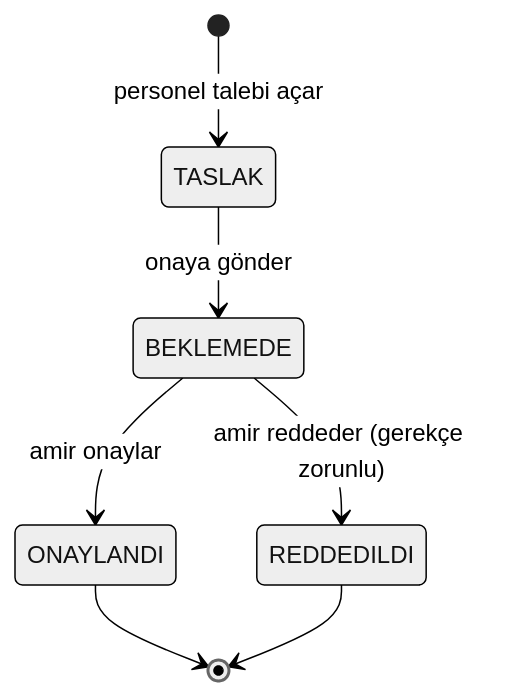
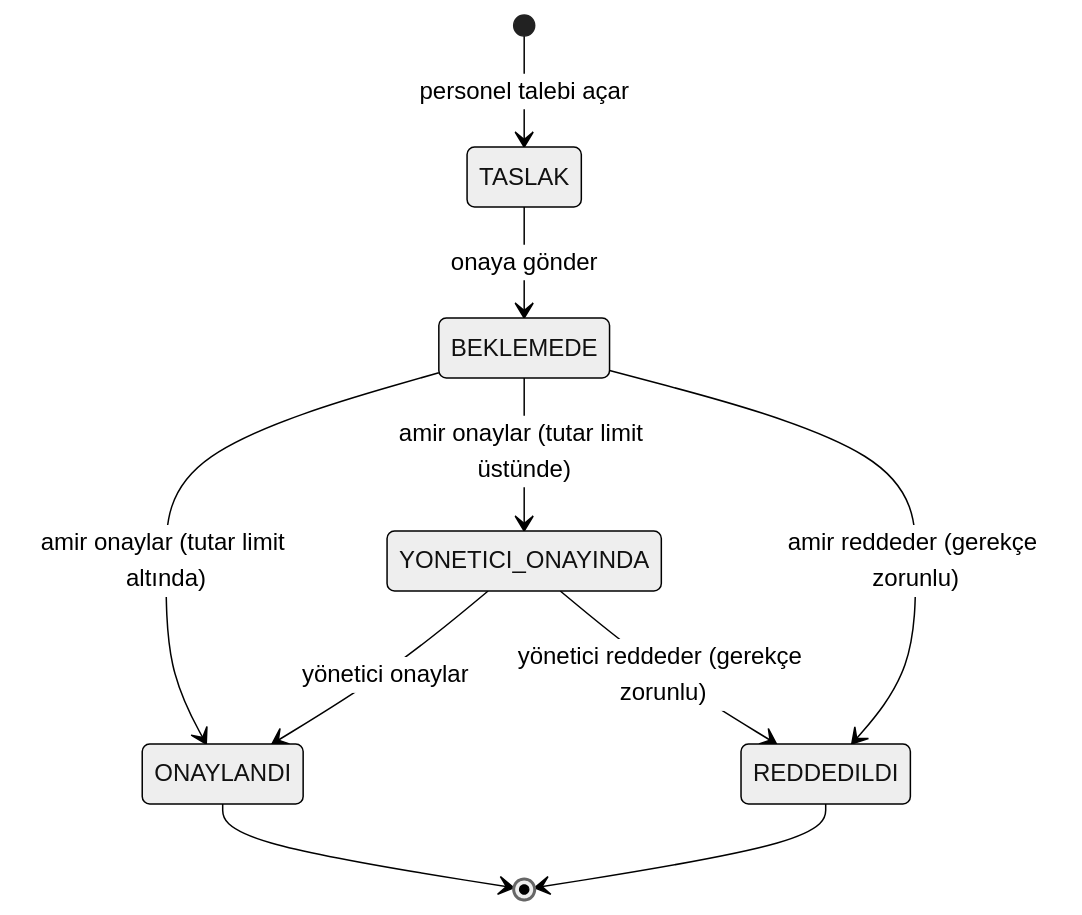
Before and after one commit to ebraronuk/talep-onay-sistemi: the third of 4 diagrams in README.md, drawn with Mermaid (neutral theme). The commit also changed other lines of this file and 34 other files, not shown here.

````diff
--- a/README.md
+++ b/README.md
@@ -145,9 +148,12 @@
 ```mermaid
 stateDiagram-v2
     [*] --> TASLAK : personel talebi açar
     TASLAK --> BEKLEMEDE : onaya gönder
-    BEKLEMEDE --> ONAYLANDI : amir onaylar
+    BEKLEMEDE --> ONAYLANDI : amir onaylar (tutar limit altında)
+    BEKLEMEDE --> YONETICI_ONAYINDA : amir onaylar (tutar limit üstünde)
     BEKLEMEDE --> REDDEDILDI : amir reddeder (gerekçe zorunlu)
+    YONETICI_ONAYINDA --> ONAYLANDI : yönetici onaylar
+    YONETICI_ONAYINDA --> REDDEDILDI : yönetici reddeder (gerekçe zorunlu)
     ONAYLANDI --> [*]
     REDDEDILDI --> [*]
 ```
````
